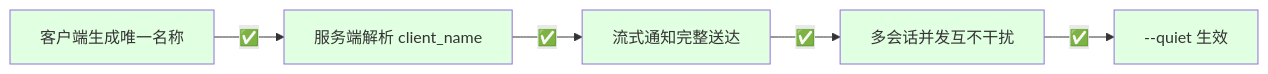
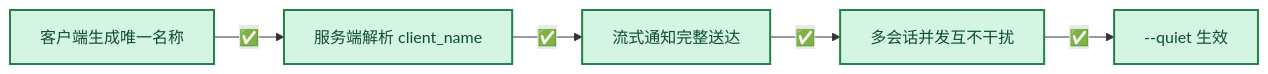
One commit to PassByYou888/LingoFuse-pasAgent changed diagram 15 of 16 in LingoFuse_Python_Binding_Migration_Record.md. Above: the diagram before and after it, drawn with Mermaid. The commit also changed other lines of this file, not shown here.

````diff
--- a/LingoFuse_Python_Binding_Migration_Record.md
+++ b/LingoFuse_Python_Binding_Migration_Record.md
@@ -615,13 +604,13 @@
 ```mermaid
-graph LR
-    A["客户端生成唯一名称"] -->|✅| B["服务端解析 client_name"]
-    B -->|✅| C["流式通知完整送达"]
-    C -->|✅| D["多会话并发互不干扰"]
-    D -->|✅| E["--quiet 生效"]
+flowchart LR
+    A["客户端生成唯一名称"] -->|"✅"| B["服务端解析 client_name"]
+    B -->|"✅"| C["流式通知完整送达"]
+    C -->|"✅"| D["多会话并发互不干扰"]
+    D -->|"✅"| E["--quiet 生效"]
 
-    style A fill:#e1ffe1
-    style B fill:#e1ffe1
-    style C fill:#e1ffe1
-    style D fill:#e1ffe1
-    style E fill:#e1ffe1
+    style A fill:#D5F5E3,stroke:#1E8449,stroke-width:2px,color:#0E4D2A
+    style B fill:#D5F5E3,stroke:#1E8449,stroke-width:2px,color:#0E4D2A
+    style C fill:#D5F5E3,stroke:#1E8449,stroke-width:2px,color:#0E4D2A
+    style D fill:#D5F5E3,stroke:#1E8449,stroke-width:2px,color:#0E4D2A
+    style E fill:#D5F5E3,stroke:#1E8449,stroke-width:2px,color:#0E4D2A
 ```
````
